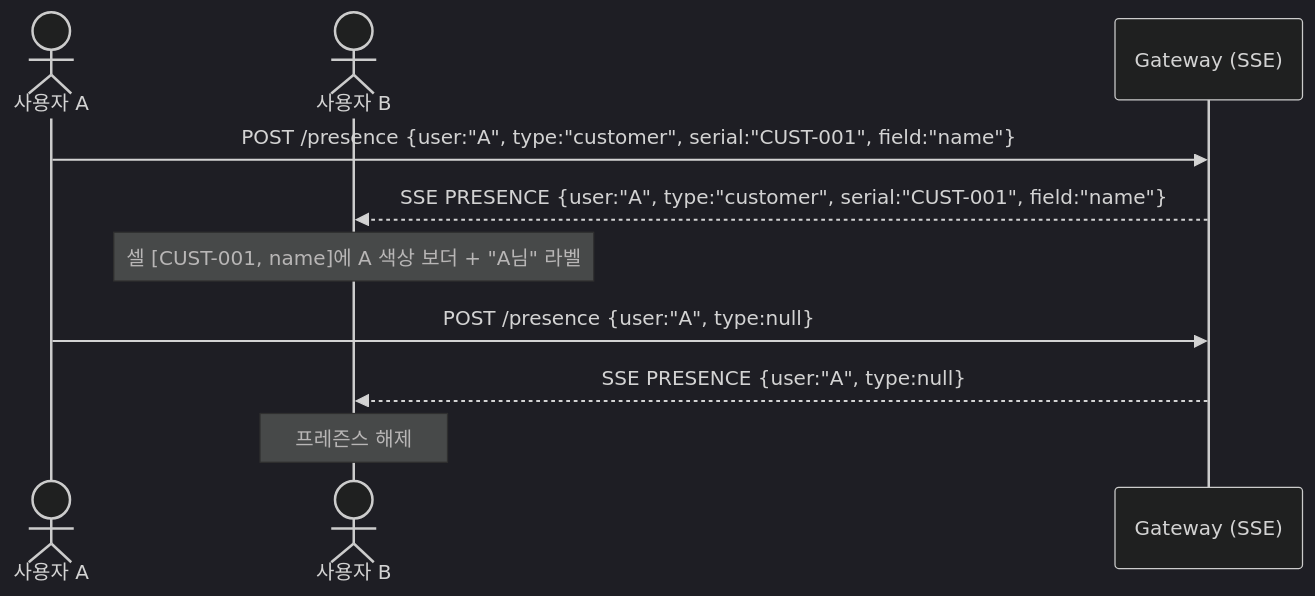
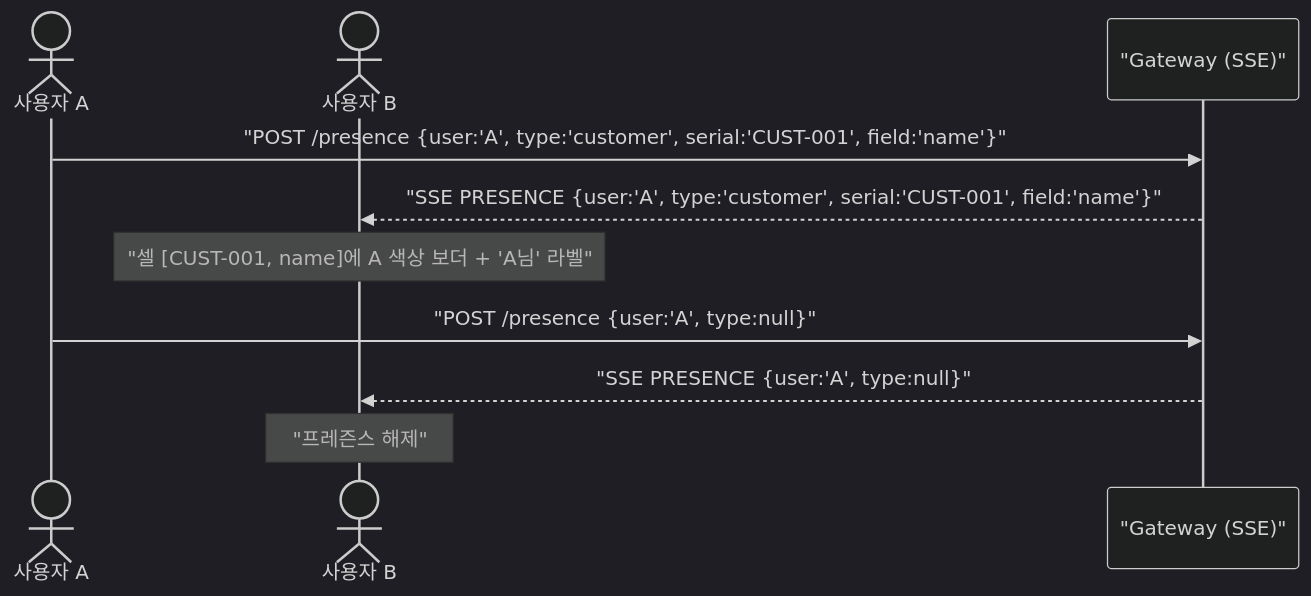
Before and after one commit to sayaya1090/handbook: diagram 12 of 25 in docs/usecases.md, drawn with Mermaid (dark theme). The commit also changed other lines of this file and 22 other files, not shown here.

First line of the commit message:
docs: Mermaid 다이어그램 렌더링 오류 수정을 위한 구문 전수 교정

````diff
--- a/docs/usecases.md
+++ b/docs/usecases.md
@@ -1039,14 +1039,14 @@
 ```mermaid
 sequenceDiagram
     actor A as 사용자 A
     actor B as 사용자 B
-    participant GW as Gateway (SSE)
+    participant GW as "Gateway (SSE)"
 
-    A->>GW: POST /presence {user:"A", type:"customer", serial:"CUST-001", field:"name"}
-    GW-->>B: SSE PRESENCE {user:"A", type:"customer", serial:"CUST-001", field:"name"}
-    Note over B: 셀 [CUST-001, name]에 A 색상 보더 + "A님" 라벨
+    A->>GW: "POST /presence {user:'A', type:'customer', serial:'CUST-001', field:'name'}"
+    GW-->>B: "SSE PRESENCE {user:'A', type:'customer', serial:'CUST-001', field:'name'}"
+    Note over B: "셀 [CUST-001, name]에 A 색상 보더 + 'A님' 라벨"
 
-    A->>GW: POST /presence {user:"A", type:null}
-    GW-->>B: SSE PRESENCE {user:"A", type:null}
-    Note over B: 프레즌스 해제
+    A->>GW: "POST /presence {user:'A', type:null}"
+    GW-->>B: "SSE PRESENCE {user:'A', type:null}"
+    Note over B: "프레즌스 해제"
 ```
````
